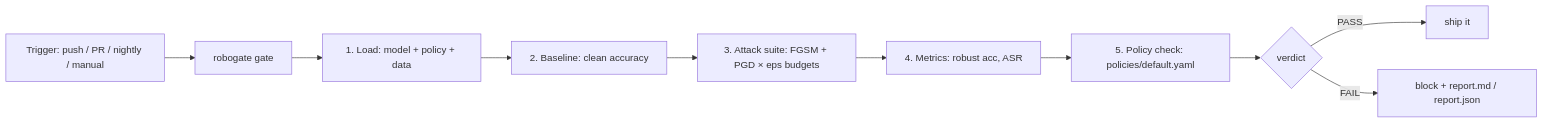
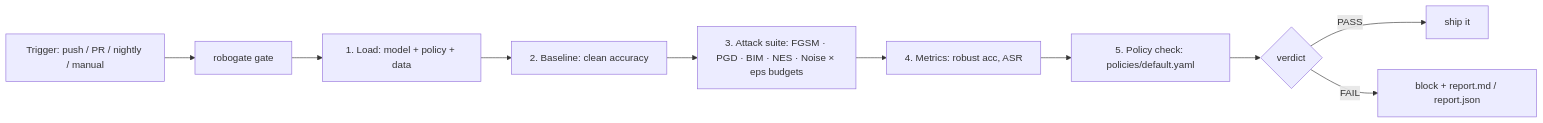
Before and after one commit to Naomi9964/mlsecops-robustness-gate: the diagram in README.md, drawn with Mermaid. The commit also changed other lines of this file and 4 other files, not shown here.

Commit message:
Add BIM, NES (black-box), Noise attacks; update README and architecture diagram

````diff
--- a/README.md
+++ b/README.md
@@ -16,12 +16,12 @@
 ```mermaid
 flowchart LR
     T[Trigger: push / PR / nightly / manual] --> CLI[robogate gate]
     CLI --> L[1. Load: model + policy + data]
     L --> B[2. Baseline: clean accuracy]
-    B --> A[3. Attack suite: FGSM + PGD × eps budgets]
+    B --> A[3. Attack suite: FGSM · PGD · BIM · NES · Noise × eps budgets]
     A --> M[4. Metrics: robust acc, ASR]
     M --> P[5. Policy check: policies/default.yaml]
     P --> V{verdict}
     V -->|PASS| S[ship it]
     V -->|FAIL| R[block + report.md / report.json]
 ```
````
